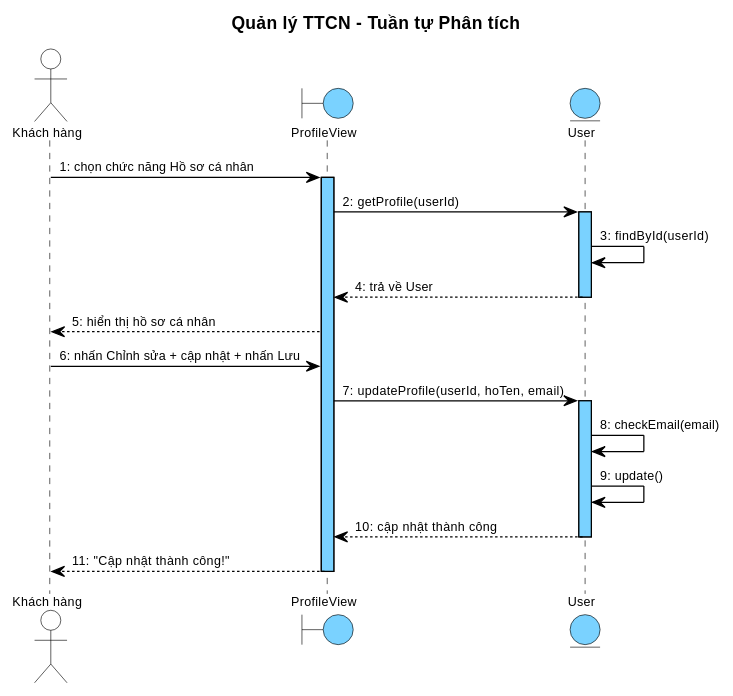
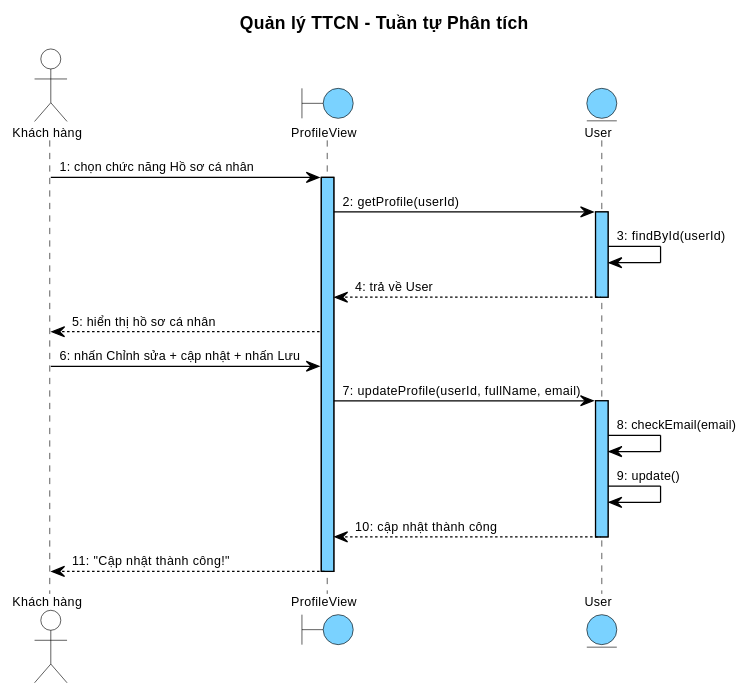
One commit to thanhtrnnn/cnpm changed the sixth of 7 diagrams in docs/tabs/section-account-ii.md. Above: the diagram before and after it, drawn with PlantUML. The commit also changed other lines of this file and 21 other files, not shown here.

````diff
--- a/docs/tabs/section-account-ii.md
+++ b/docs/tabs/section-account-ii.md
@@ -650,76 +650,76 @@
 ```plantuml
 @startuml
 skinparam shadowing false
 skinparam SequenceMessageAlign left
 
 skinparam SequenceLifeLineBackgroundColor #7AD2FF
 skinparam SequenceLifeLineBorderColor #000000
 
 <style>
 sequenceDiagram {
   Shadowing 0
   RoundCorner 0
   FontName "Arial"
   FontSize 10
   FontColor #000000
 
   participant {
     BackgroundColor #7AD2FF
     LineColor #000000
     LineThickness 1
   }
 
   actor {
     BackgroundColor transparent
     LineColor #000000
   }
   boundary {
     BackgroundColor #7AD2FF
     LineColor #000000
   }
   control {
     BackgroundColor #7AD2FF
     LineColor #000000
   }
   entity {
     BackgroundColor #7AD2FF
     LineColor #000000
   }
 
   lifeline {
     LineColor #000000
     LineStyle 5-5
   }
 
   arrow {
     LineColor #000000
     LineThickness 1
     FontSize 10
   }
 }
 </style>
 title Quản lý TTCN – Tuần tự Phân tích
 
 actor "Khách hàng" as KH
 boundary ProfileView as B1
 entity User as E1
 
 KH -> B1 : 1: chọn chức năng Hồ sơ cá nhân
 activate B1
 B1 -> E1 : 2: getProfile(userId)
 activate E1
 E1 -> E1 : 3: findById(userId)
 E1 --> B1 : 4: trả về User
 deactivate E1
 B1 --> KH : 5: hiển thị hồ sơ cá nhân
 KH -> B1 : 6: nhấn Chỉnh sửa + cập nhật + nhấn Lưu
-B1 -> E1 : 7: updateProfile(userId, hoTen, email)
+B1 -> E1 : 7: updateProfile(userId, fullName, email)
 activate E1
 E1 -> E1 : 8: checkEmail(email)
 E1 -> E1 : 9: update()
 E1 --> B1 : 10: cập nhật thành công
 deactivate E1
 B1 --> KH : 11: "Cập nhật thành công!"
 deactivate B1
 @enduml
 ```
````
